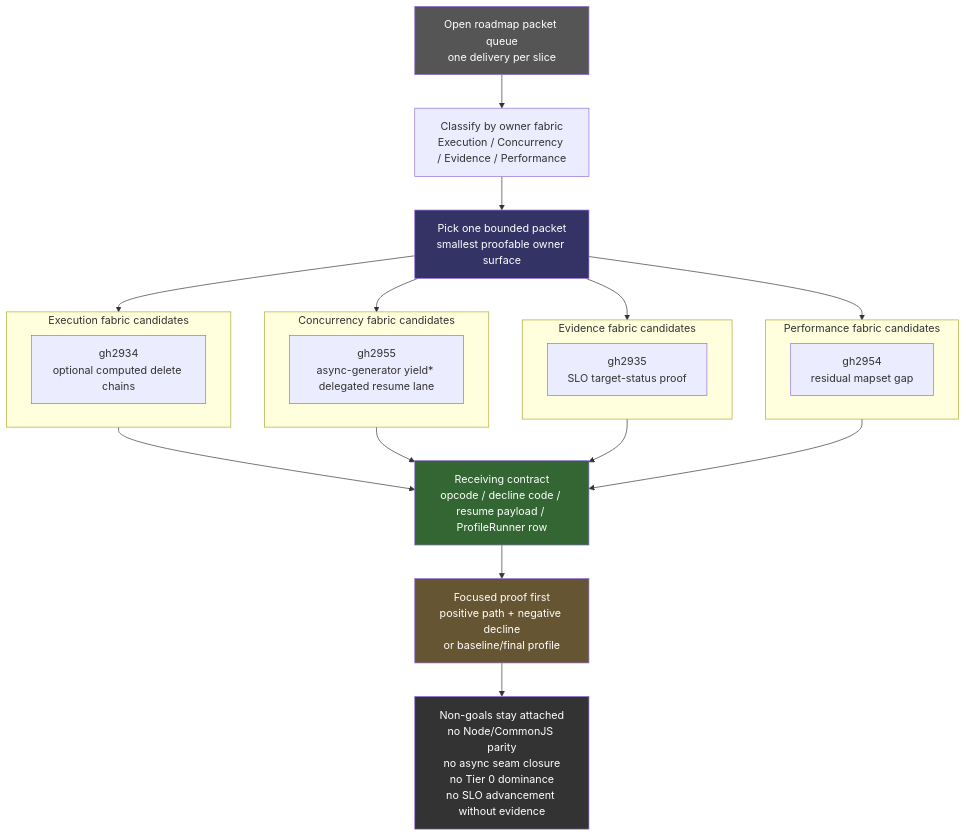
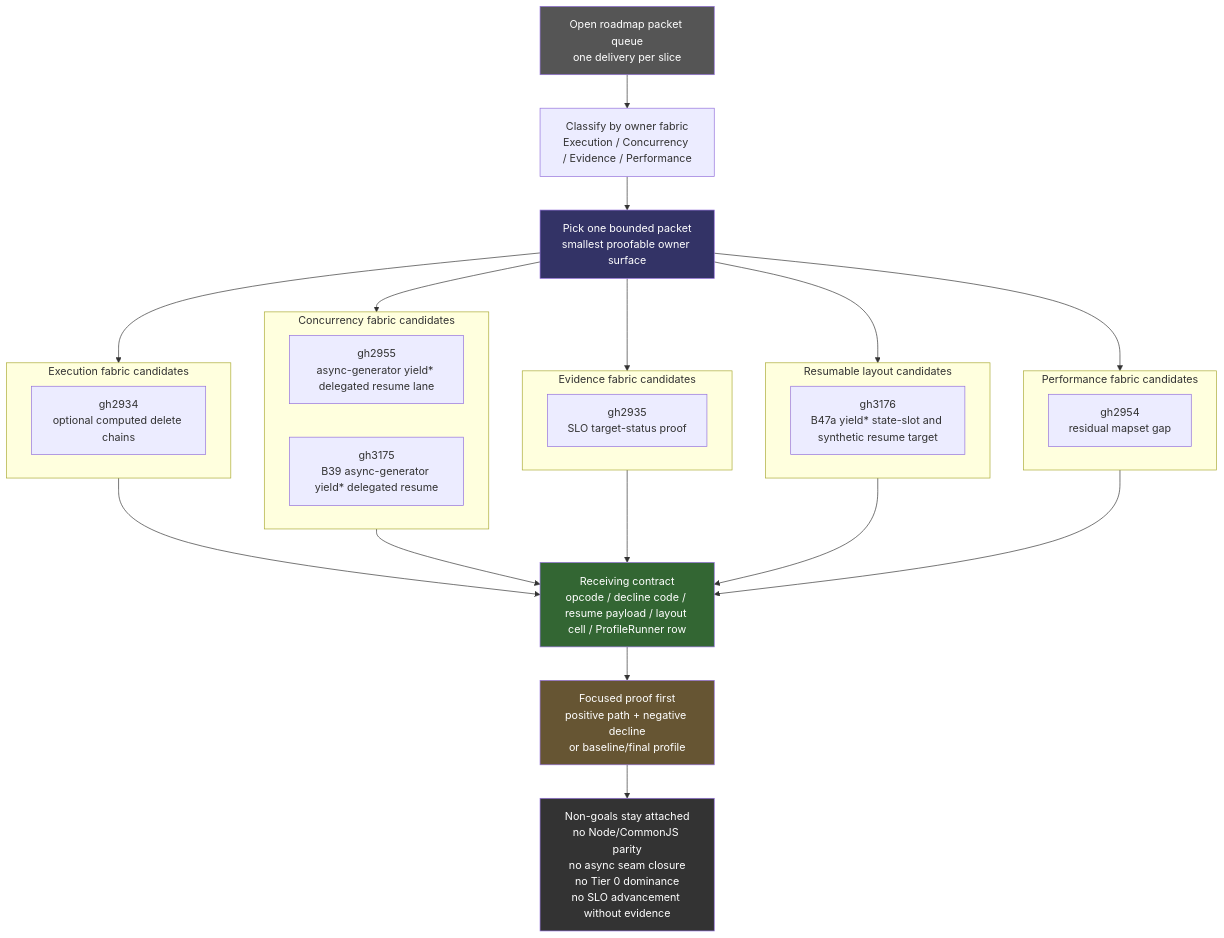
One commit to asynkron/Asynkron.JsEngine changed diagram 35 of 37 in docs/dreaming.md. Above: the diagram before and after it, drawn with Mermaid. The commit also changed other lines of this file, not shown here.

````diff
--- a/docs/dreaming.md
+++ b/docs/dreaming.md
@@ -1343,43 +1343,50 @@
 ```mermaid
 flowchart TD
     QUEUE["Open roadmap packet queue\none delivery per slice"]
     CLASSIFY["Classify by owner fabric\nExecution / Concurrency / Evidence / Performance"]
     PICK["Pick one bounded packet\nsmallest proofable owner surface"]
 
     subgraph Execution["Execution fabric candidates"]
         G2934["gh2934\noptional computed delete chains"]
     end
 
     subgraph Concurrency["Concurrency fabric candidates"]
         G2955["gh2955\nasync-generator yield* delegated resume lane"]
+        G3175["gh3175\nB39 async-generator yield* delegated resume"]
     end
 
     subgraph Evidence["Evidence fabric candidates"]
         G2935["gh2935\nSLO target-status proof"]
     end
 
+    subgraph Layout["Resumable layout candidates"]
+        G3176["gh3176\nB47a yield* state-slot and synthetic resume target"]
+    end
+
     subgraph Perf["Performance fabric candidates"]
         G2954["gh2954\nresidual mapset gap"]
     end
 
-    CONTRACT["Receiving contract\nopcode / decline code / resume payload / ProfileRunner row"]
+    CONTRACT["Receiving contract\nopcode / decline code / resume payload / layout cell / ProfileRunner row"]
     PROOF["Focused proof first\npositive path + negative decline\nor baseline/final profile"]
     NONCLAIM["Non-goals stay attached\nno Node/CommonJS parity\nno async seam closure\nno Tier 0 dominance\nno SLO advancement without evidence"]
 
     QUEUE --> CLASSIFY --> PICK
     PICK --> Execution
     PICK --> Concurrency
     PICK --> Evidence
+    PICK --> Layout
     PICK --> Perf
     Execution --> CONTRACT
     Concurrency --> CONTRACT
     Evidence --> CONTRACT
+    Layout --> CONTRACT
     Perf --> CONTRACT
     CONTRACT --> PROOF --> NONCLAIM
 
     style QUEUE fill:#555,color:#fff
     style PICK fill:#336,color:#fff
     style CONTRACT fill:#363,color:#fff
     style PROOF fill:#653,color:#fff
     style NONCLAIM fill:#333,color:#fff
 ```
````
